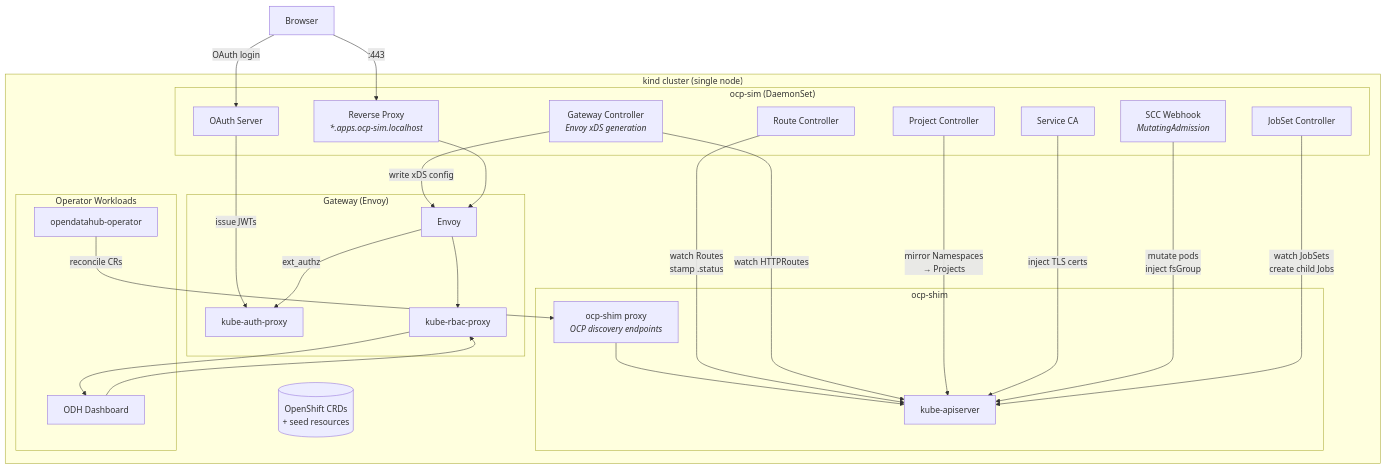
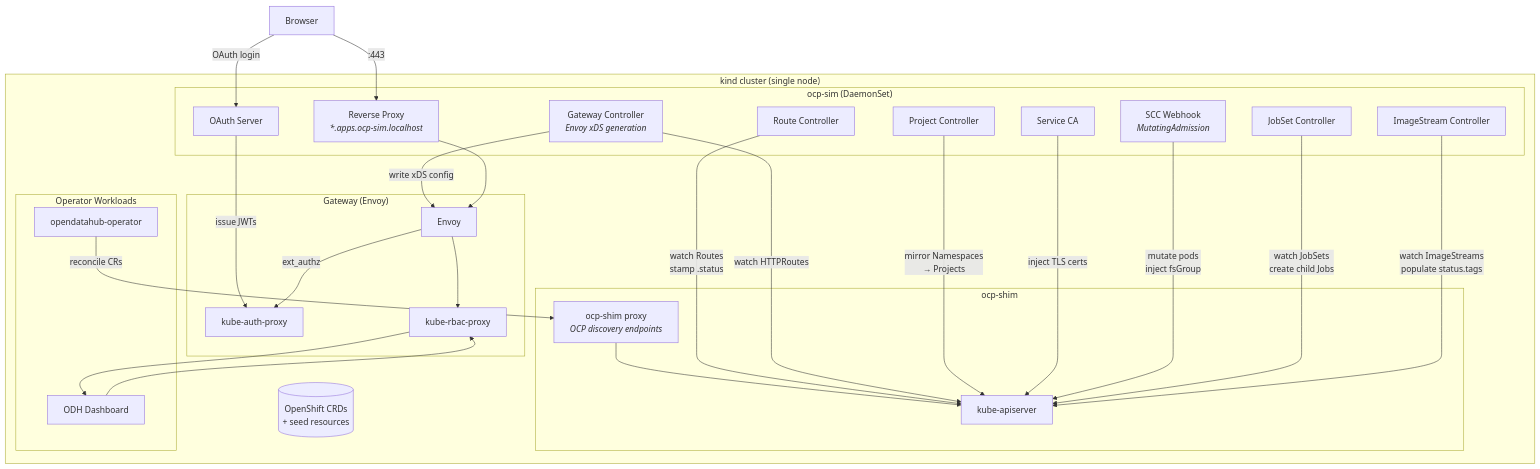
The diagram in README.md (jctanner/picoshift), drawn with Mermaid before and after one commit. The commit also changed other lines of this file and 4 other files, not shown here.

First line of the commit message:
Add ImageStream import controller and document workbench restart bug

````diff
--- a/README.md
+++ b/README.md
@@ -9,56 +9,58 @@
 ```mermaid
 graph TB
     browser["Browser"]
 
     subgraph kind ["kind cluster (single node)"]
         subgraph shim ["ocp-shim"]
             apiserver["kube-apiserver"]
             ocpshim["ocp-shim proxy<br/><i>OCP discovery endpoints</i>"]
             ocpshim --> apiserver
         end
 
         subgraph sim ["ocp-sim (DaemonSet)"]
             proxy["Reverse Proxy<br/><i>*.apps.ocp-sim.localhost</i>"]
             routectrl["Route Controller"]
             gwctrl["Gateway Controller<br/><i>Envoy xDS generation</i>"]
             oauthctrl["OAuth Server"]
             projectctrl["Project Controller"]
             serviceca["Service CA"]
             sccwebhook["SCC Webhook<br/><i>MutatingAdmission</i>"]
             jobsetctrl["JobSet Controller"]
+            isctrl["ImageStream Controller"]
         end
 
         subgraph gw ["Gateway (Envoy)"]
             envoy["Envoy"]
             kubeauth["kube-auth-proxy"]
             kuberbac["kube-rbac-proxy"]
         end
 
         subgraph workloads ["Operator Workloads"]
             odhop["opendatahub-operator"]
             dashboard["ODH Dashboard"]
         end
 
         crds[("OpenShift CRDs<br/>+ seed resources")]
 
         routectrl -->|"watch Routes<br/>stamp .status"| apiserver
         gwctrl -->|"write xDS config"| envoy
         gwctrl -->|"watch HTTPRoutes"| apiserver
         projectctrl -->|"mirror Namespaces<br/>→ Projects"| apiserver
         serviceca -->|"inject TLS certs"| apiserver
         sccwebhook -->|"mutate pods<br/>inject fsGroup"| apiserver
         jobsetctrl -->|"watch JobSets<br/>create child Jobs"| apiserver
+        isctrl -->|"watch ImageStreams<br/>populate status.tags"| apiserver
         oauthctrl -->|"issue JWTs"| kubeauth
 
         odhop -->|"reconcile CRs"| ocpshim
         dashboard --> kuberbac
         kuberbac --> dashboard
 
         envoy -->|"ext_authz"| kubeauth
         envoy --> kuberbac
     end
 
     browser -->|":443"| proxy
     proxy --> envoy
     browser -->|"OAuth login"| oauthctrl
 ```
````
